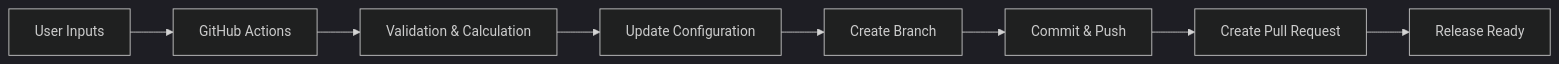
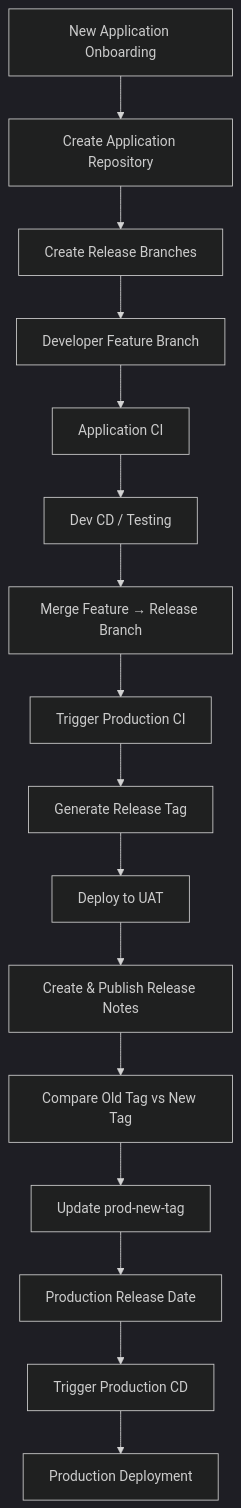
One commit to saghosh8/saghosh8 changed the diagram in README.md. Above: the diagram before and after it, drawn with Mermaid (dark theme). The commit also changed other lines of this file, not shown here.

````diff
--- a/README.md
+++ b/README.md
@@ -17,10 +39,24 @@
 ```mermaid
-flowchart LR
-    A[User Inputs] --> B[GitHub Actions]
-    B --> C[Validation & Calculation]
-    C --> D[Update Configuration]
-    D --> E[Create Branch]
-    E --> F[Commit & Push]
-    F --> G[Create Pull Request]
-    G --> H[Release Ready]
+flowchart TD
+    A[New Application Onboarding] --> B[Create Application Repository]
+    B --> C[Create Release Branches]
+
+    C --> D[Developer Feature Branch]
+    D --> E[Application CI]
+    E --> F[Dev CD / Testing]
+
+    F --> G[Merge Feature → Release Branch]
+    G --> H[Trigger Production CI]
+
+    H --> I[Generate Release Tag]
+    I --> J[Deploy to UAT]
+
+    J --> K[Create & Publish Release Notes]
+    K --> L[Compare Old Tag vs New Tag]
+
+    L --> M[Update prod-new-tag]
+    M --> N[Production Release Date]
+
+    N --> O[Trigger Production CD]
+    O --> P[Production Deployment]
 ```
````
